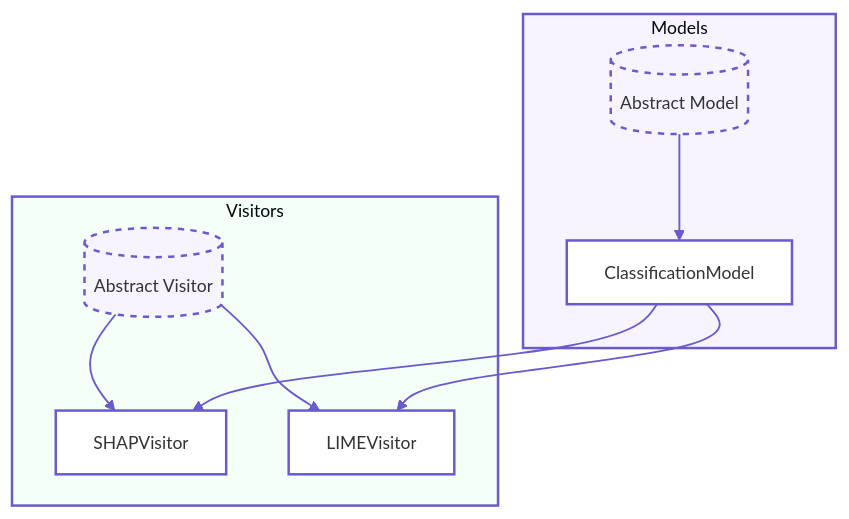
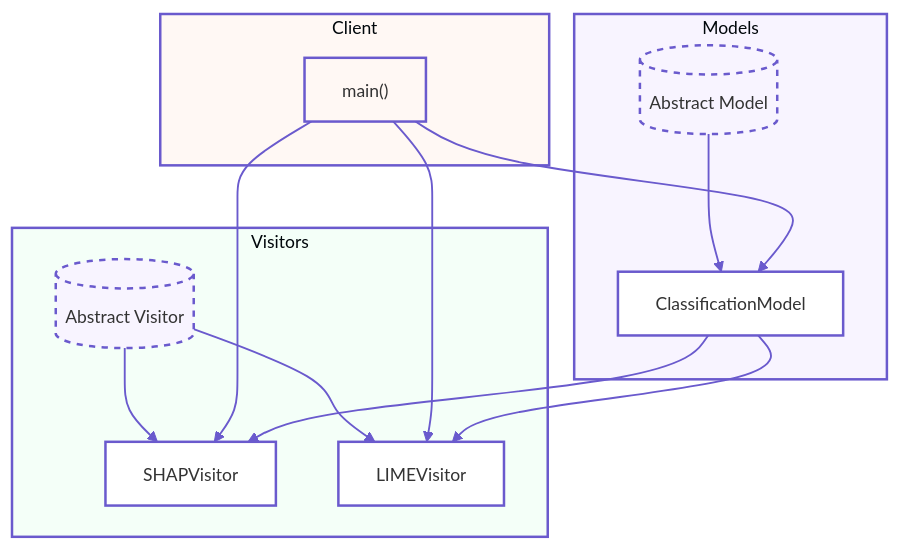
One commit to arunpshankar/Python-Design-Patterns-for-AI changed the diagram in src/mermaid/13_visitor.mmd. Above: the diagram before and after it, drawn with Mermaid.

```diff
--- a/src/mermaid/13_visitor.mmd
+++ b/src/mermaid/13_visitor.mmd
@@ -1,40 +1,50 @@
 %%{init: {'theme': 'base', 'themeVariables': {
     'primaryColor': '#f8f4ff',
     'secondaryColor': '#f4fff8',
     'tertiaryColor': '#fff8f4',
     'mainBkg': '#ffffff',
     'nodeBorder': '#6a5acd',
     'clusterBkg': '#fafafa',
     'clusterBorder': '#6a5acd',
     'lineColor': '#6a5acd',
     'fontFamily': 'Helvetica, Arial, sans-serif',
     'fontSize': '14px'
 }}}%%
 
 flowchart TB
     subgraph Models
         style Models fill:#f8f4ff,stroke:#6a5acd,stroke-width:2px
         Model[("Abstract Model")]
         ClassificationModel["ClassificationModel"]
         Model --> ClassificationModel
     end
 
     subgraph Visitors
         style Visitors fill:#f4fff8,stroke:#6a5acd,stroke-width:2px
         Visitor[("Abstract Visitor")]
         SHAPVisitor["SHAPVisitor"]
         LIMEVisitor["LIMEVisitor"]
         Visitor --> SHAPVisitor
         Visitor --> LIMEVisitor
     end
+
+    subgraph Client
+        style Client fill:#fff8f4,stroke:#6a5acd,stroke-width:2px
+        MainFunction["main()"]
+        MainFunction --> ClassificationModel
+        MainFunction --> SHAPVisitor
+        MainFunction --> LIMEVisitor
+    end
     
     ClassificationModel --> SHAPVisitor
     ClassificationModel --> LIMEVisitor
     
     classDef abstract fill:#f8f4ff,stroke:#6a5acd,stroke-width:2px,stroke-dasharray: 5 5;
     classDef concrete fill:#ffffff,stroke:#6a5acd,stroke-width:2px;
+    classDef client fill:#fff8f4,stroke:#6a5acd,stroke-width:2px;
 
     class Model,Visitor abstract;
     class ClassificationModel,SHAPVisitor,LIMEVisitor concrete;
+    class MainFunction client;
 
     linkStyle default stroke:#6a5acd,stroke-width:1.5px;
```
